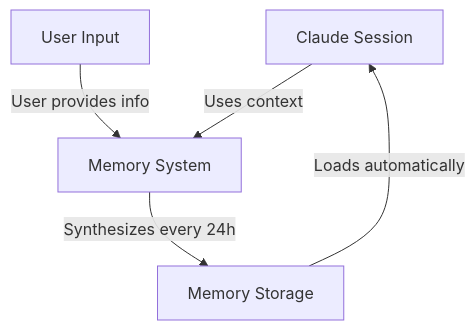
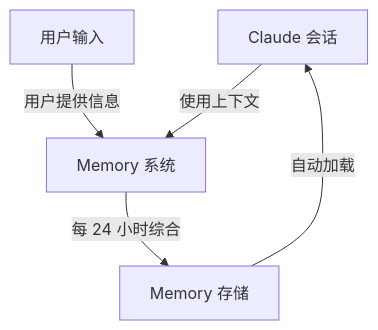
One commit to wgqi1126/claude-howto-zh-cn changed the first of 4 diagrams in 02-memory/README.md. Above: the diagram before and after it, drawn with Mermaid. The commit also changed other lines of this file and 49 other files, not shown here.

````diff
--- a/02-memory/README.md
+++ b/02-memory/README.md
@@ -224,12 +224,12 @@
 ```mermaid
 graph TB
-    A["Claude Session"]
-    B["User Input"]
-    C["Memory System"]
-    D["Memory Storage"]
+    A["Claude 会话"]
+    B["用户输入"]
+    C["Memory 系统"]
+    D["Memory 存储"]
 
-    B -->|User provides info| C
-    C -->|Synthesizes every 24h| D
-    D -->|Loads automatically| A
-    A -->|Uses context| C
+    B -->|用户提供信息| C
+    C -->|每 24 小时综合| D
+    D -->|自动加载| A
+    A -->|使用上下文| C
 ```
````
